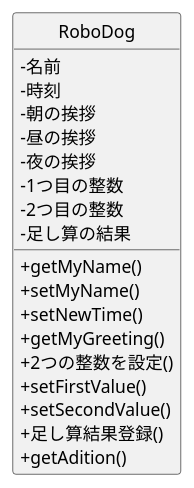
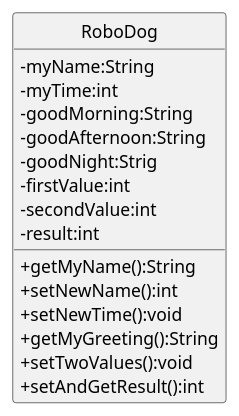
Before and after one commit to MatsuR1ku/ohara_UML: the diagram in 06_robo_dog/06_robo_dog/class.pu, drawn with PlantUML. The commit also changed other lines of this file and 1 other file, not shown here.

```diff
--- a/06_robo_dog/06_robo_dog/class.pu
+++ b/06_robo_dog/06_robo_dog/class.pu
@@ -1,26 +3,23 @@
 @startuml Robodogクラス図
 skinparam classAttributeIconSize 0
 hide circle
-
+ 
 class RoboDog {
- -名前
- -時刻
- -朝の挨拶
- -昼の挨拶
- -夜の挨拶
- -1つ目の整数
- -2つ目の整数
- -足し算の結果
-
- +getMyName()
- +setMyName()
- +setNewTime()
- +getMyGreeting()
- +2つの整数を設定()
-  +setFirstValue()
-  +setSecondValue()
- +足し算結果登録()
- +getAdition()
+-myName:String
+-myTime:int
+-goodMorning:String
+-goodAfternoon:String
+-goodNight:Strig
+-firstValue:int
+-secondValue:int
+-result:int
+ 
++getMyName():String
++setNewName():int
++setNewTime():void
++getMyGreeting():String
++setTwoValues():void
++setAndGetResult():int
 }
-
+ 
 @enduml
```
